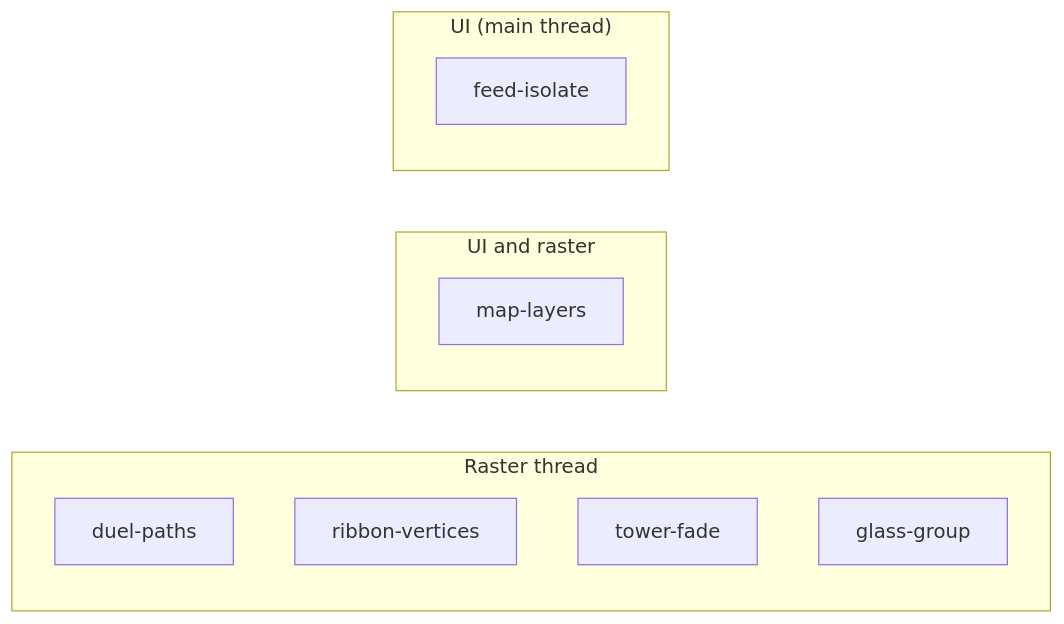
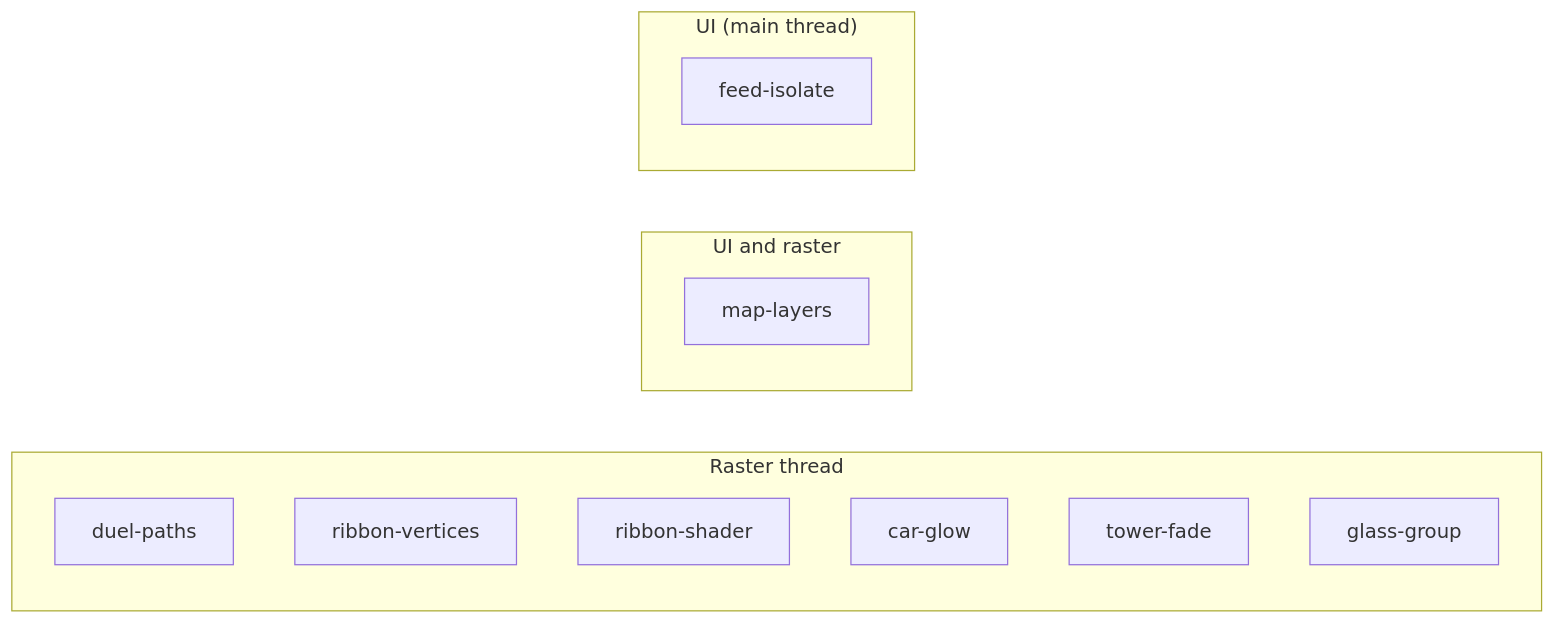
Before and after one commit to cm-collins/fluttercon-demo-app: the second of 2 diagrams in docs/design/screens.md, drawn with Mermaid. The commit also changed other lines of this file and 9 other files, not shown here.

````diff
--- a/docs/design/screens.md
+++ b/docs/design/screens.md
@@ -96,15 +107,17 @@
 ```mermaid
 flowchart LR
     subgraph raster["Raster thread"]
         a1["duel-paths"]
         a2["ribbon-vertices"]
+        a2b["ribbon-shader"]
+        a7["car-glow"]
         a3["tower-fade"]
         a4["glass-group"]
     end
     subgraph both["UI and raster"]
         a5["map-layers"]
     end
     subgraph ui["UI (main thread)"]
         a6["feed-isolate"]
     end
 ```
````
